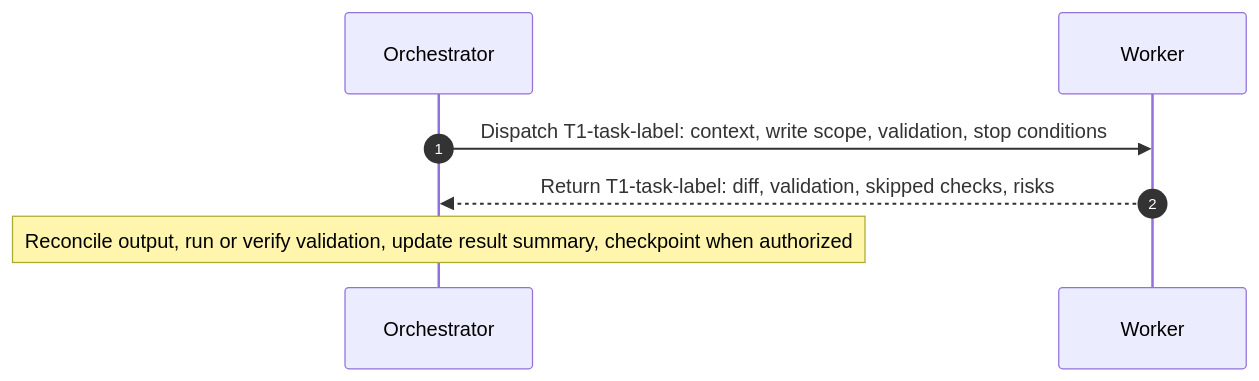
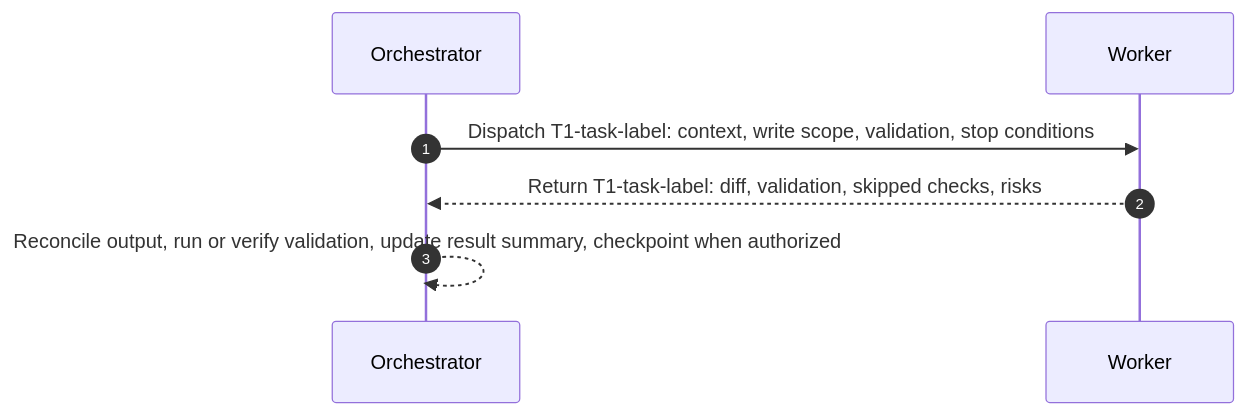
Before and after one commit to kamkie/technical-interview-frontend: the diagram in .agents/plans/PLAN_TEMPLATE.md, drawn with Mermaid. The commit also changed 4 other files, not shown here.

First line of the commit message:
docs(plans): replace `Note over` syntax in execution graphs with orchestrator self-messages

````diff
--- a/.agents/plans/PLAN_TEMPLATE.md
+++ b/.agents/plans/PLAN_TEMPLATE.md
@@ -184,10 +184,10 @@
 ```mermaid
 sequenceDiagram
     autonumber
     participant O as Orchestrator
     participant W1 as Worker
 
     O->>W1: Dispatch T1-task-label: context, write scope, validation, stop conditions
     W1-->>O: Return T1-task-label: diff, validation, skipped checks, risks
-    Note over O: Reconcile output, run or verify validation, update result summary, checkpoint when authorized
+    O-->>O: Reconcile output, run or verify validation, update result summary, checkpoint when authorized
 ```
````
